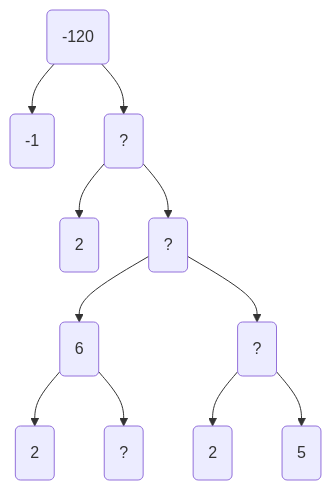
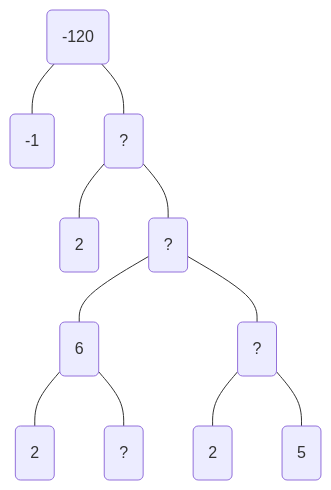
Before and after one commit to tinkermeister-42/Algebra1: the ninth of 11 diagrams in chapters/Unit_1/1.2_Factors_Multiples_&_Prime_Factorization.qmd, drawn with Mermaid. The commit also changed other lines of this file and 17 other files, not shown here.

````diff
--- a/chapters/Unit_1/1.2_Factors_Multiples_&_Prime_Factorization.qmd
+++ b/chapters/Unit_1/1.2_Factors_Multiples_&_Prime_Factorization.qmd
@@ -336,27 +403,27 @@
 ```{mermaid}
 %%| label: fig-mermaid-diagram
 %%| fit-align: center
 %%| fig-cap: " "
 flowchart TB
     node_0("-120")
     node_1_0_1("-1")
-    node_0 --> node_1_0_1
+    node_0 --- node_1_0_1
     node_1_1_1("?")
-    node_0 --> node_1_1_1
+    node_0 --- node_1_1_1
     node_1_1_2_0_2("2")
-    node_1_1_1 --> node_1_1_2_0_2
+    node_1_1_1 --- node_1_1_2_0_2
     node_1_1_2_1_2("?")
-    node_1_1_1 --> node_1_1_2_1_2
+    node_1_1_1 --- node_1_1_2_1_2
     node_1_1_2_1_3_0_3("6")
-    node_1_1_2_1_2 --> node_1_1_2_1_3_0_3
+    node_1_1_2_1_2 --- node_1_1_2_1_3_0_3
     node_1_1_2_1_3_0_4_0_4("2")
-    node_1_1_2_1_3_0_3 --> node_1_1_2_1_3_0_4_0_4
+    node_1_1_2_1_3_0_3 --- node_1_1_2_1_3_0_4_0_4
     node_1_1_2_1_3_0_4_1_4("?")
-    node_1_1_2_1_3_0_3 --> node_1_1_2_1_3_0_4_1_4
+    node_1_1_2_1_3_0_3 --- node_1_1_2_1_3_0_4_1_4
     node_1_1_2_1_3_1_3("?")
-    node_1_1_2_1_2 --> node_1_1_2_1_3_1_3
+    node_1_1_2_1_2 --- node_1_1_2_1_3_1_3
     node_1_1_2_1_3_1_4_0_4("2")
-    node_1_1_2_1_3_1_3 --> node_1_1_2_1_3_1_4_0_4
+    node_1_1_2_1_3_1_3 --- node_1_1_2_1_3_1_4_0_4
     node_1_1_2_1_3_1_4_1_4("5")
-    node_1_1_2_1_3_1_3 --> node_1_1_2_1_3_1_4_1_4
+    node_1_1_2_1_3_1_3 --- node_1_1_2_1_3_1_4_1_4
 ```
````
